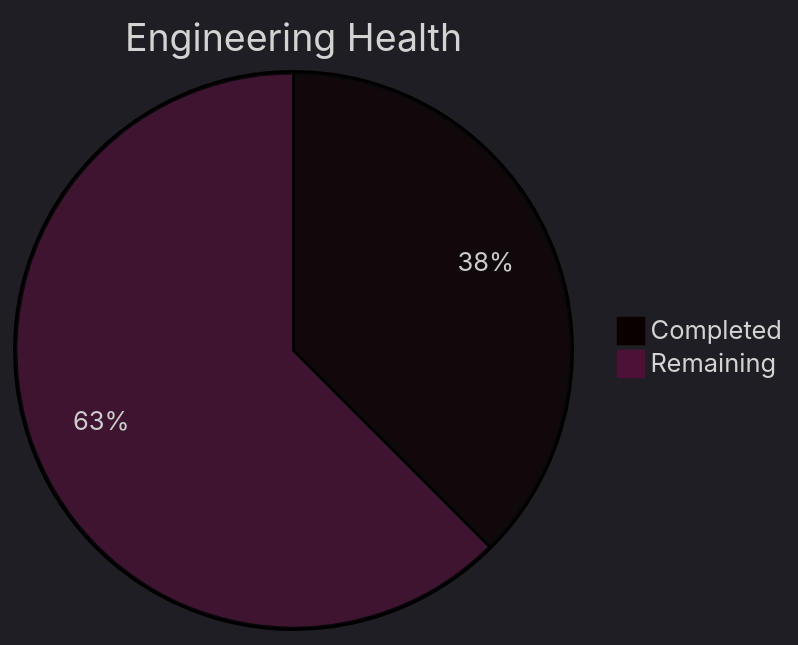
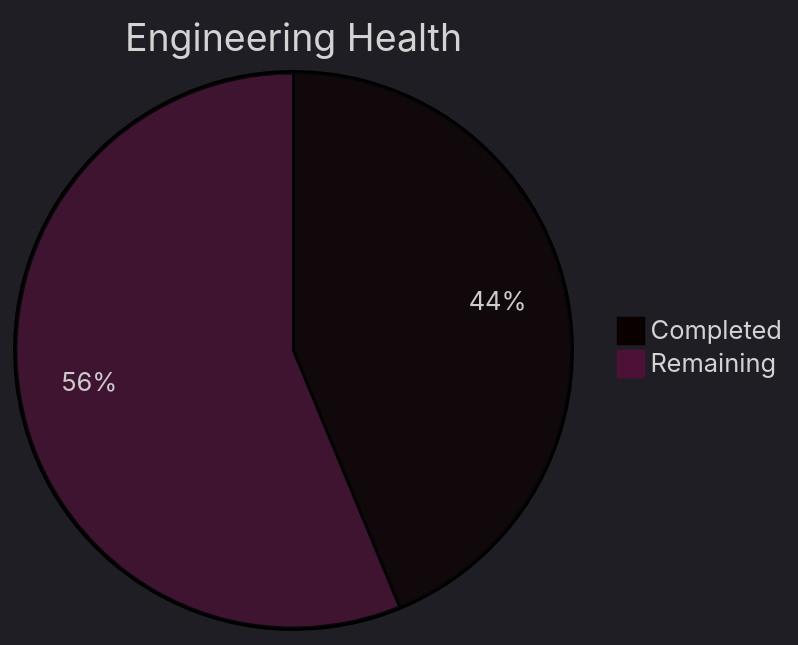
One commit to Neogleamz/SK8Lytz changed the third of 5 diagrams in tools/SK8Lytz_Bucket_List.md. Above: the diagram before and after it, drawn with Mermaid. The commit also changed other lines of this file, not shown here.

Commit message:
chore(docs): mark DockedController refactor as completed

````diff
--- a/tools/SK8Lytz_Bucket_List.md
+++ b/tools/SK8Lytz_Bucket_List.md
@@ -40,6 +40,6 @@
 ```mermaid
 %%{init: {'theme': 'dark'}}%%
 pie title Engineering Health
-  "Completed" : 6
-  "Remaining" : 10
+  "Completed" : 7
+  "Remaining" : 9
 ```
````
